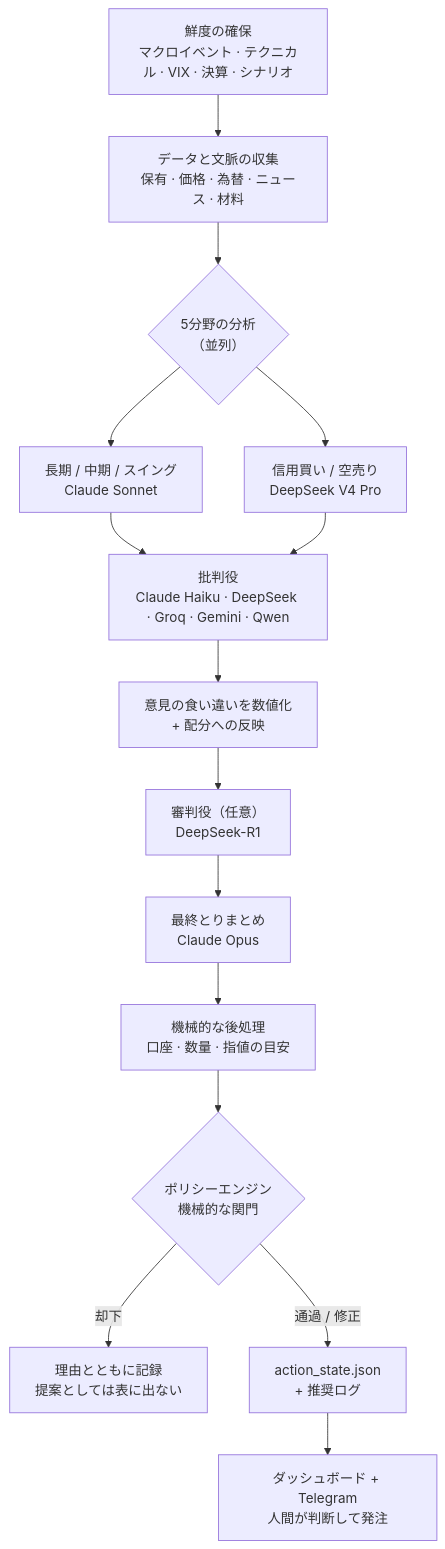
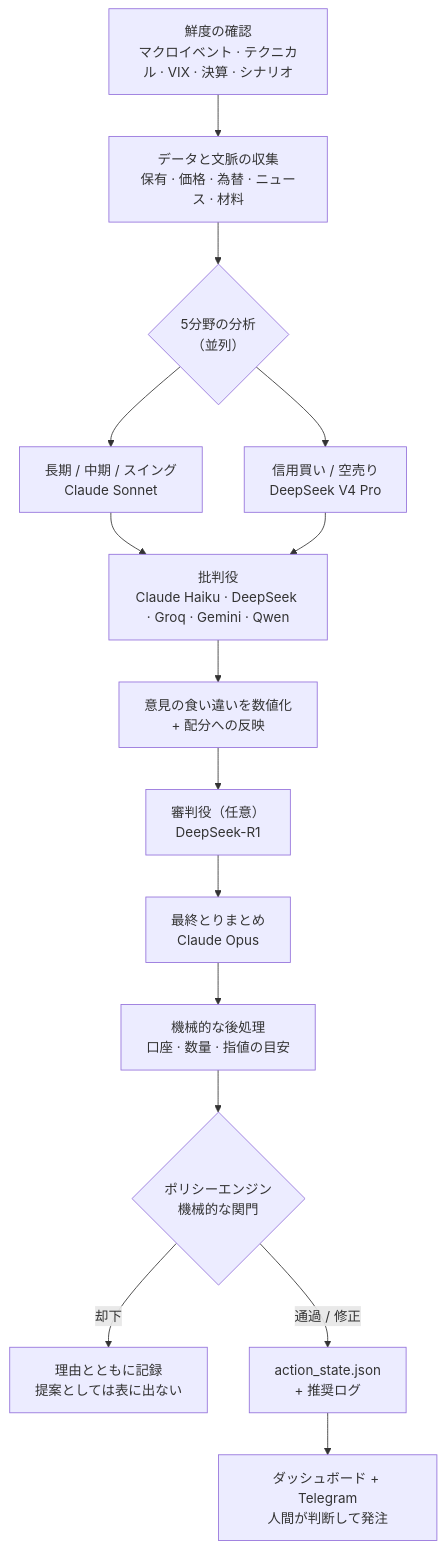
The diagram in README.ja.md (quant-almanac/almanac), drawn with Mermaid before and after one commit. The commit also changed other lines of this file and 10 other files, not shown here.

````diff
--- a/README.ja.md
+++ b/README.ja.md
@@ -36,17 +38,17 @@
 ```mermaid
 flowchart TD
-    A["鮮度の確保<br/>マクロイベント · テクニカル · VIX · 決算 · シナリオ"] --> B["データと文脈の収集<br/>保有 · 価格 · 為替 · ニュース · 材料"]
+    A["鮮度の確認<br/>マクロイベント · テクニカル · VIX · 決算 · シナリオ"] --> B["データと文脈の収集<br/>保有 · 価格 · 為替 · ニュース · 材料"]
     B --> C{"5分野の分析<br/>（並列）"}
     C --> C1["長期 / 中期 / スイング<br/>Claude Sonnet"]
     C --> C2["信用買い / 空売り<br/>DeepSeek V4 Pro"]
     C1 --> D["批判役<br/>Claude Haiku · DeepSeek · Groq · Gemini · Qwen"]
     C2 --> D
     D --> E["意見の食い違いを数値化<br/>+ 配分への反映"]
     E --> F["審判役（任意）<br/>DeepSeek-R1"]
     F --> G["最終とりまとめ<br/>Claude Opus"]
     G --> H["機械的な後処理<br/>口座 · 数量 · 指値の目安"]
     H --> I{"ポリシーエンジン<br/>機械的な関門"}
     I -->|却下| J["理由とともに記録<br/>提案としては表に出ない"]
     I -->|通過 / 修正| K["action_state.json<br/>+ 推奨ログ"]
     K --> L["ダッシュボード + Telegram<br/>人間が判断して発注"]
 ```
````
